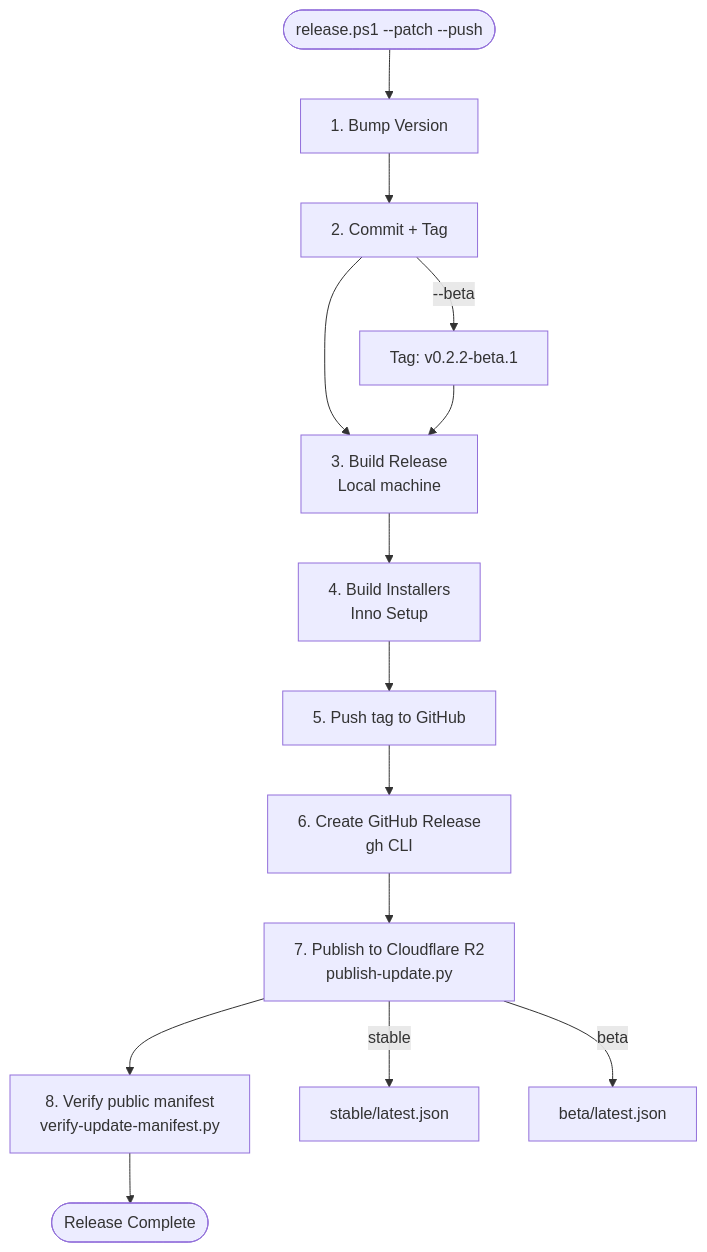
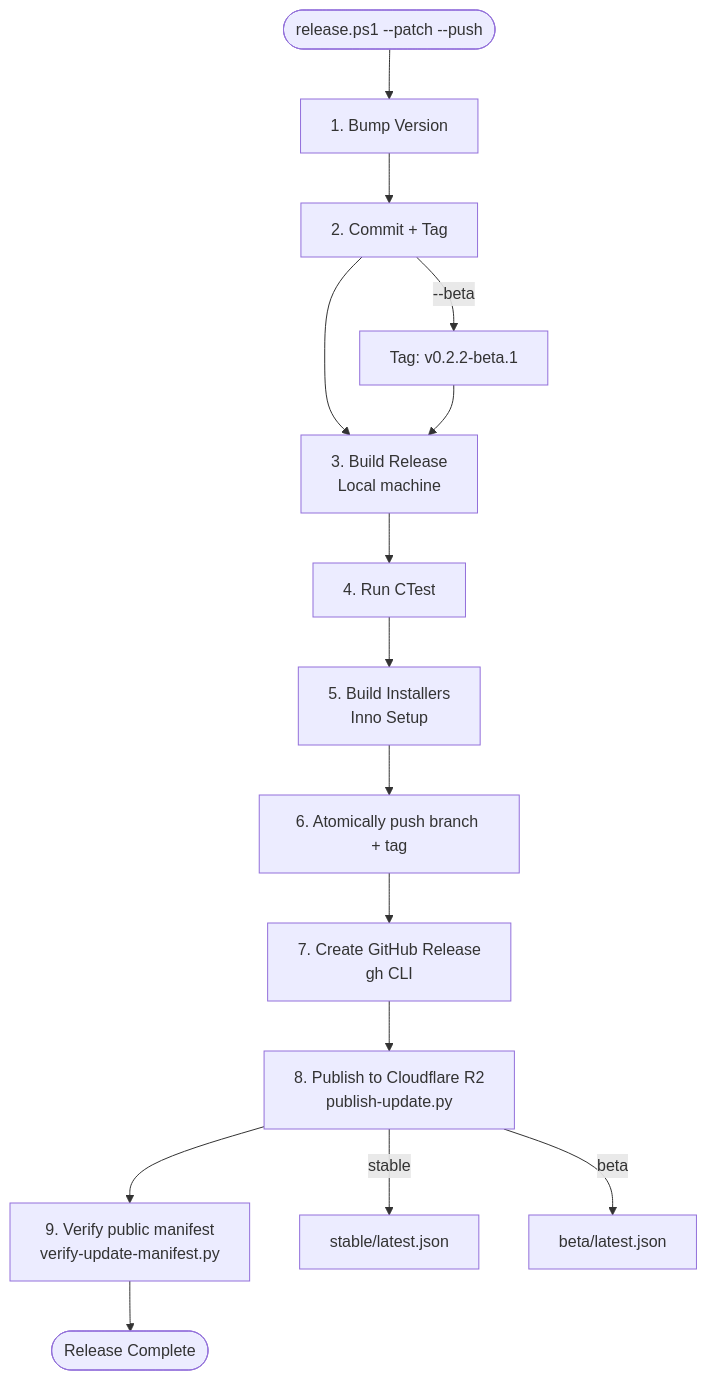
Before and after one commit to KPT1020/mib-studio-qt: the diagram in docs/howto/release-workflow.md, drawn with Mermaid. The commit also changed other lines of this file and 15 other files, not shown here.

````diff
--- a/docs/howto/release-workflow.md
+++ b/docs/howto/release-workflow.md
@@ -307,17 +371,18 @@
 ```mermaid
 flowchart TD
     Start([release.ps1 --patch --push]) --> Bump[1. Bump Version]
     Bump --> Commit[2. Commit + Tag]
     Commit --> Build[3. Build Release<br/>Local machine]
-    Build --> Installers[4. Build Installers<br/>Inno Setup]
-    Installers --> Push[5. Push tag to GitHub]
-    Push --> GHRelease[6. Create GitHub Release<br/>gh CLI]
-    GHRelease --> R2[7. Publish to Cloudflare R2<br/>publish-update.py]
-    R2 --> Verify[8. Verify public manifest<br/>verify-update-manifest.py]
+    Build --> Tests[4. Run CTest]
+    Tests --> Installers[5. Build Installers<br/>Inno Setup]
+    Installers --> Push[6. Atomically push branch + tag]
+    Push --> GHRelease[7. Create GitHub Release<br/>gh CLI]
+    GHRelease --> R2[8. Publish to Cloudflare R2<br/>publish-update.py]
+    R2 --> Verify[9. Verify public manifest<br/>verify-update-manifest.py]
     Verify --> Done([Release Complete])
 
     Commit -->|--beta| BetaTag[Tag: v0.2.2-beta.1]
     BetaTag --> Build
     R2 -->|stable| Stable[stable/latest.json]
     R2 -->|beta| Beta[beta/latest.json]
 ```
````
